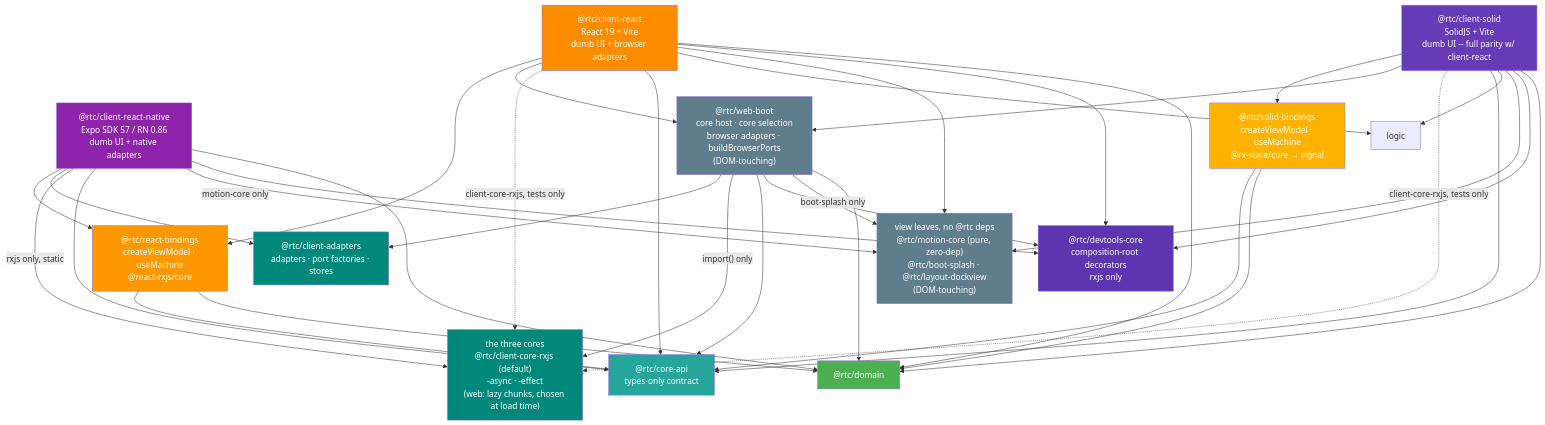
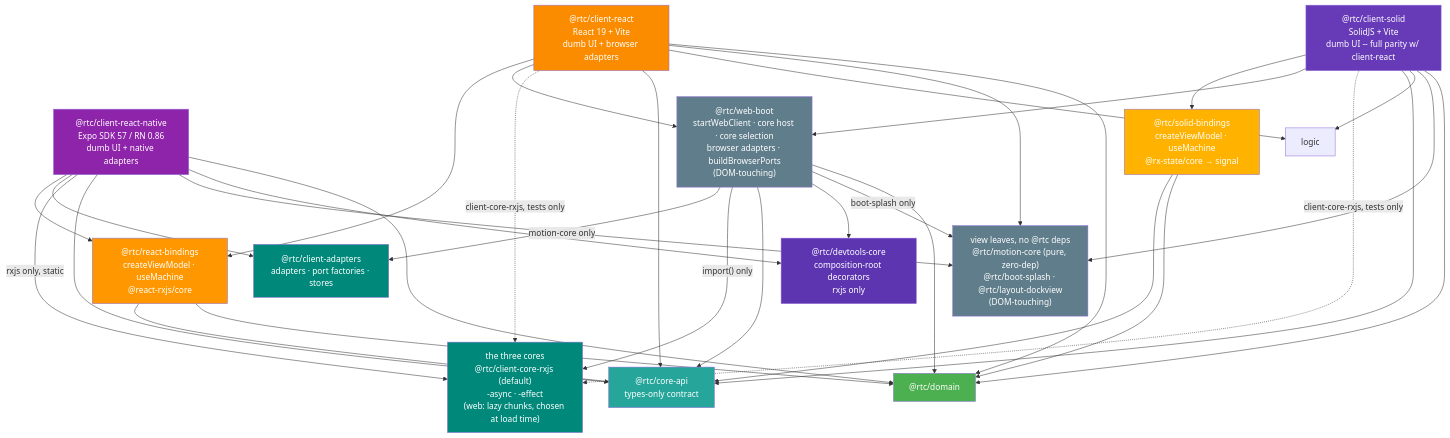
One commit to bettersoftware-io/ReactiveTraderCloudClone changed the first of 4 diagrams in docs/architecture/06-package-dependencies.md. Above: the diagram before and after it, drawn with Mermaid. The commit also changed other lines of this file and 39 other files, not shown here.

First line of the commit message:
test: one test for both clients' deployed files; docs: startWebClient closes the web-boot workstream

````diff
--- a/docs/architecture/06-package-dependencies.md
+++ b/docs/architecture/06-package-dependencies.md
@@ -9,73 +9,71 @@
 ```mermaid
 graph TB
     webc["@rtc/client-react<br/>React 19 + Vite<br/>dumb UI + browser adapters"]
     solidc["@rtc/client-solid<br/>SolidJS + Vite<br/>dumb UI -- full parity w/ client-react"]
     rnc["@rtc/client-react-native<br/>Expo SDK 57 / RN 0.86<br/>dumb UI + native adapters"]
 
     rb["@rtc/react-bindings<br/>createViewModel · useMachine<br/>@react-rxjs/core"]
     sb["@rtc/solid-bindings<br/>createViewModel · useMachine<br/>@rx-state/core → signal"]
 
-    wb["@rtc/web-boot<br/>core host · core selection<br/>browser adapters · buildBrowserPorts<br/>(DOM-touching)"]
+    wb["@rtc/web-boot<br/>startWebClient · core host · core selection<br/>browser adapters · buildBrowserPorts<br/>(DOM-touching)"]
 
     core["@rtc/client-adapters<br/>adapters · port factories · stores"]
     alts["the three cores<br/>@rtc/client-core-rxjs (default)<br/>-async · -effect<br/>(web: lazy chunks, chosen at load time)"]
     api["@rtc/core-api<br/>types-only contract"]
 
     leaves["view leaves, no @rtc deps<br/>@rtc/motion-core (pure, zero-dep)<br/>@rtc/boot-splash · @rtc/layout-dockview<br/>(DOM-touching)"]
     dtcore["@rtc/devtools-core<br/>composition-root decorators<br/>rxjs only"]
     domain["@rtc/domain"]
 
     webc --> rb
     webc --> wb
     webc -.->|"client-core-rxjs, tests only"| alts
     webc --> api
     webc --> logic
     webc --> leaves
-    webc --> dtcore
     webc --> domain
     solidc --> sb
     solidc --> wb
     solidc -.->|"client-core-rxjs, tests only"| alts
     solidc --> api
     solidc --> logic
     solidc --> leaves
-    solidc --> dtcore
     solidc --> domain
     rnc --> rb
     rnc --> core
     rnc -->|"rxjs only, static"| alts
     rnc --> api
     rnc -->|"motion-core only"| leaves
     rnc --> dtcore
     rnc --> domain
     rb --> api
     rb --> domain
     sb --> api
     sb --> domain
     wb --> core
     wb -->|"import() only"| alts
     wb --> api
     wb --> dtcore
     wb -->|"boot-splash only"| leaves
     wb --> domain
 
     %% Invisible rank constraints -- keep each rank to four boxes (tall, not wide)
     rb ~~~ alts
     sb ~~~ leaves
     sb ~~~ dtcore
     core ~~~ api
     core ~~~ domain
 
     style webc fill:#FB8C00,color:#fff
     style solidc fill:#673AB7,color:#fff
     style rnc fill:#8E24AA,color:#fff
     style rb fill:#FF9800,color:#fff
     style sb fill:#FFB300,color:#fff
     style wb fill:#607D8B,color:#fff
     style core fill:#00897B,color:#fff
     style alts fill:#00897B,color:#fff
     style api fill:#26A69A,color:#fff
     style leaves fill:#607D8B,color:#fff
     style dtcore fill:#5E35B1,color:#fff
     style domain fill:#4CAF50,color:#fff
 ```
````
